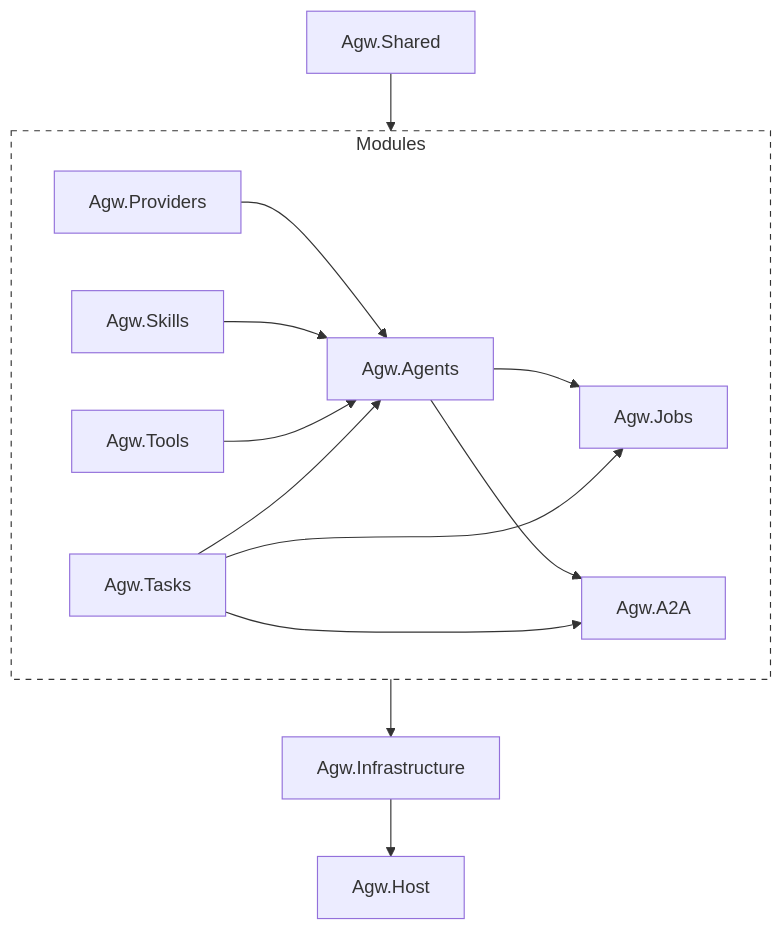
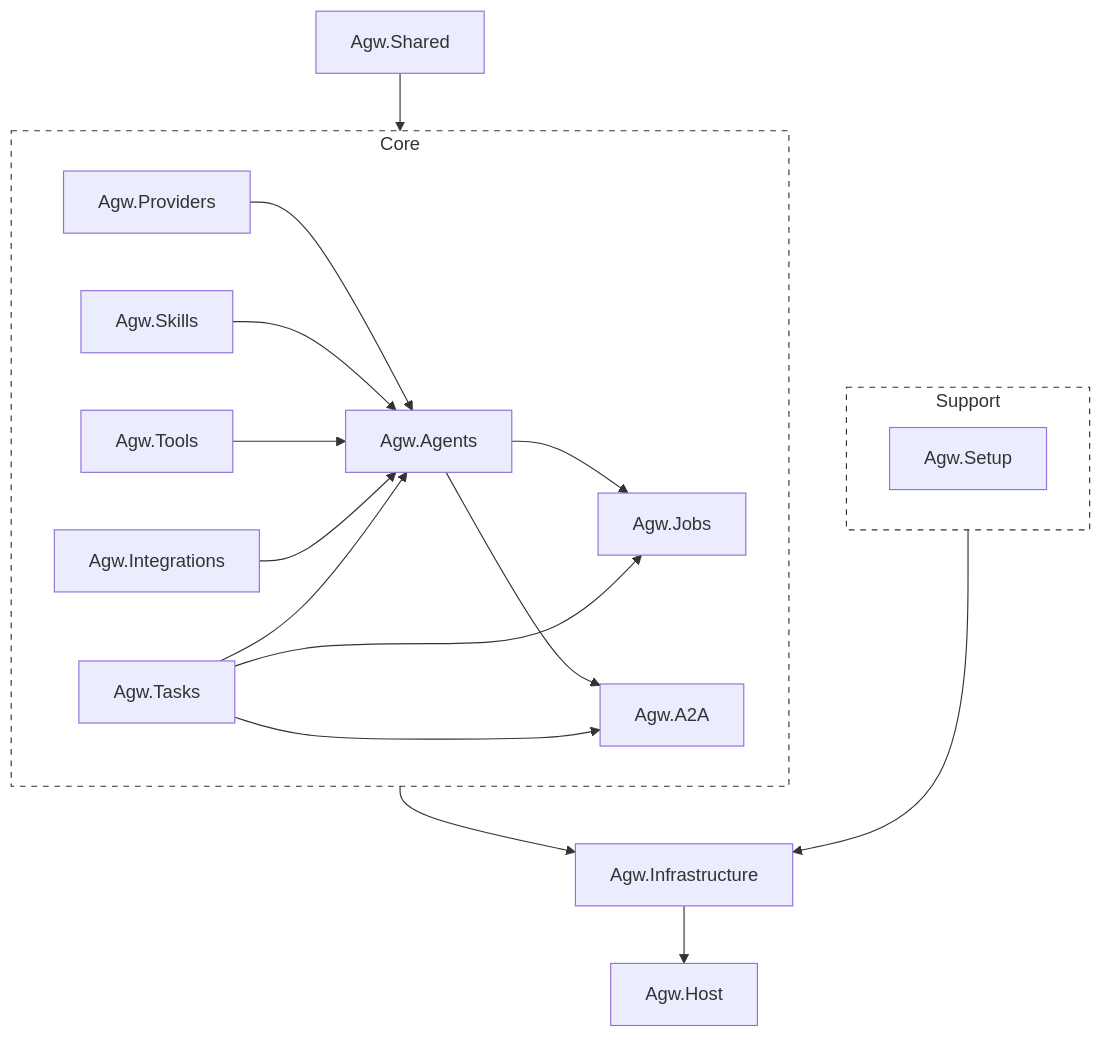
One commit to zxyao145/agw changed the diagram in docs/2.Architecture.md. Above: the diagram before and after it, drawn with Mermaid. The commit also changed other lines of this file and 6 other files, not shown here.

````diff
--- a/docs/2.Architecture.md
+++ b/docs/2.Architecture.md
@@ -42,36 +39,46 @@
 ```mermaid
 graph TD
-    %% 外部容器与层次结构
-    Agw.Host
-    Agw.Infrastructure --> Agw.Host
-
-    subgraph Modules [Modules]
+    subgraph Core
         Agw.Jobs
         Agw.A2A
         Agw.Agents
         Agw.Providers
         Agw.Skills
         Agw.Tools
+        Agw.Integrations
         Agw.Tasks
 
-        %% 模块内依赖关系
+        %% Relationships
         Agw.Agents --> Agw.Jobs
         Agw.Agents --> Agw.A2A
-        
+
+
         Agw.Providers --> Agw.Agents
         Agw.Skills --> Agw.Agents
         Agw.Tools --> Agw.Agents
+        Agw.Integrations --> Agw.Agents
+
+
         Agw.Tasks --> Agw.Agents
         Agw.Tasks --> Agw.Jobs
         Agw.Tasks --> Agw.A2A
+
     end
 
-    Modules --> Agw.Infrastructure
-    Agw.Shared --> Modules
+    subgraph Support
+        Agw.Setup[Agw.Setup]
+    end
 
-    
+    Agw.Shared --> Core
 
-    %% 样式美化（可选）
-    style Modules fill:none,stroke:#333,stroke-dasharray: 5 5
+    Core --> Agw.Infrastructure
+    Support --> Agw.Infrastructure
 
+    Agw.Infrastructure --> Agw.Host
+
+
+
+    %% styles
+    style Core fill:none,stroke:#333,stroke-dasharray: 5 5
+    style Support fill:none,stroke:#333,stroke-dasharray: 5 5
 ```
````
